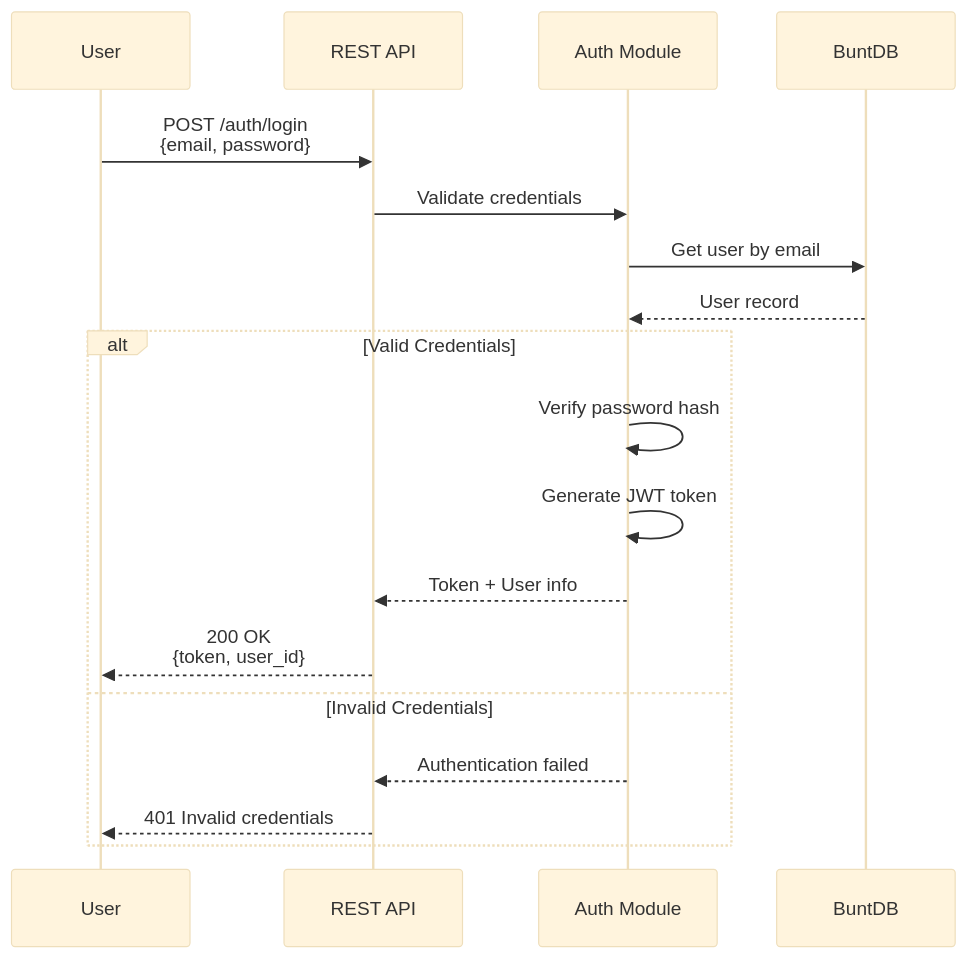
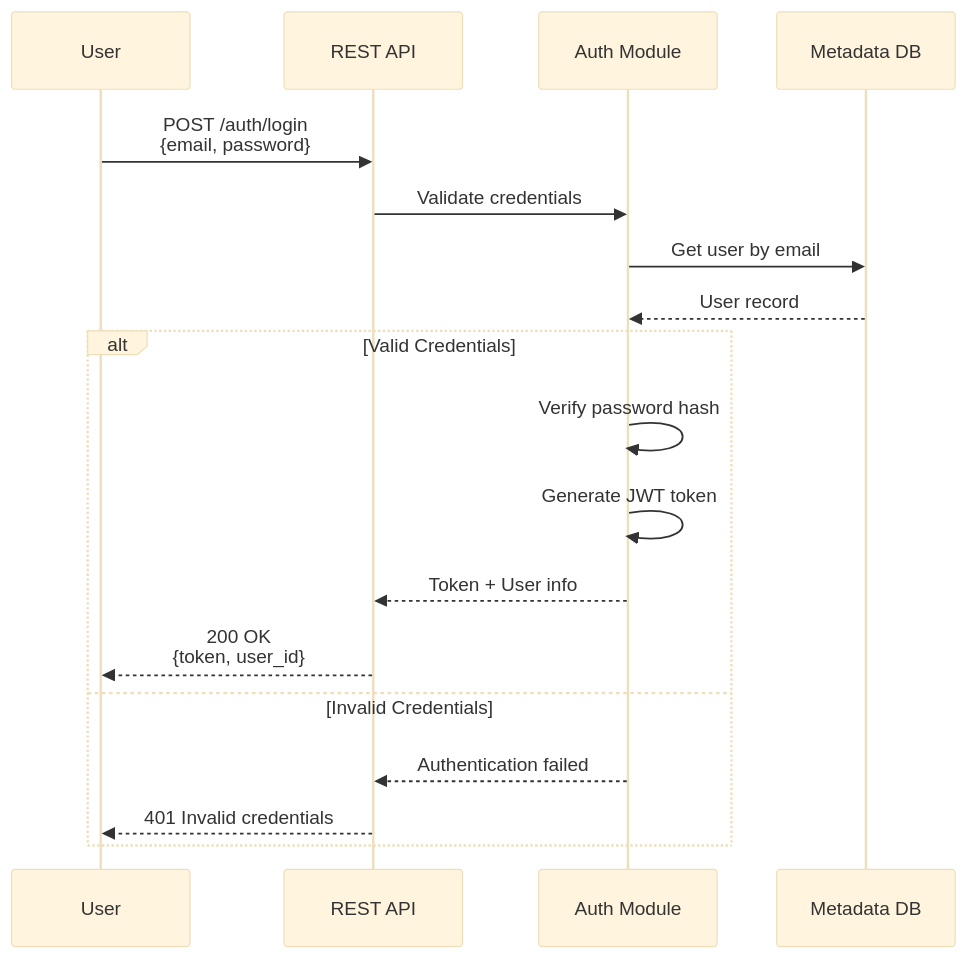
Before and after one commit to tevfik/datum-server: the third of 15 diagrams in docs/diagrams/ARCHITECTURE.md, drawn with Mermaid (base theme). The commit also changed other lines of this file and 61 other files, not shown here.

````diff
--- a/docs/diagrams/ARCHITECTURE.md
+++ b/docs/diagrams/ARCHITECTURE.md
@@ -90,22 +95,22 @@
 ```mermaid
 sequenceDiagram
     participant User
     participant API as REST API
     participant Auth as Auth Module
-    participant BuntDB
+    participant DB as Metadata DB
     
     User->>API: POST /auth/login<br/>{email, password}
     API->>Auth: Validate credentials
-    Auth->>BuntDB: Get user by email
-    BuntDB-->>Auth: User record
+    Auth->>DB: Get user by email
+    DB-->>Auth: User record
     
     alt Valid Credentials
         Auth->>Auth: Verify password hash
         Auth->>Auth: Generate JWT token
         Auth-->>API: Token + User info
         API-->>User: 200 OK<br/>{token, user_id}
     else Invalid Credentials
         Auth-->>API: Authentication failed
         API-->>User: 401 Invalid credentials
     end
 ```
````
